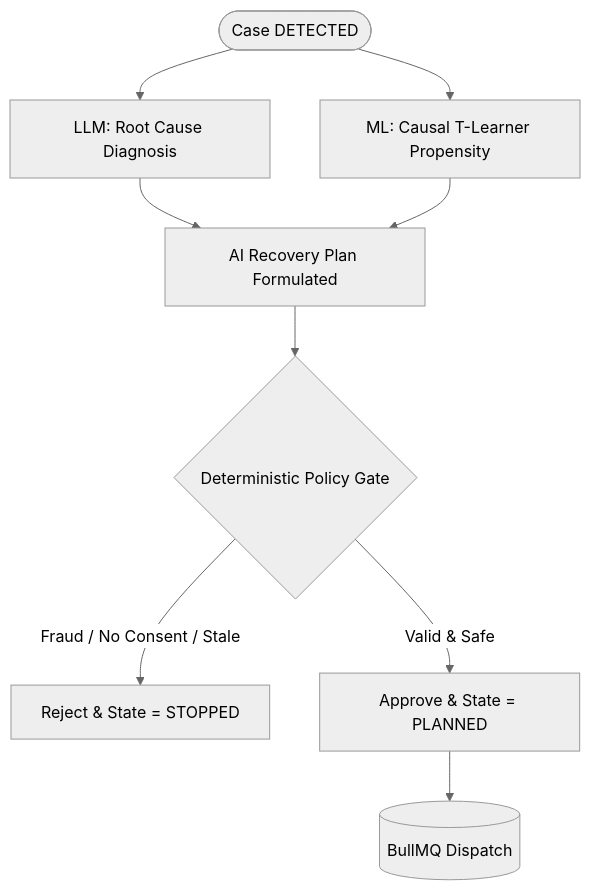
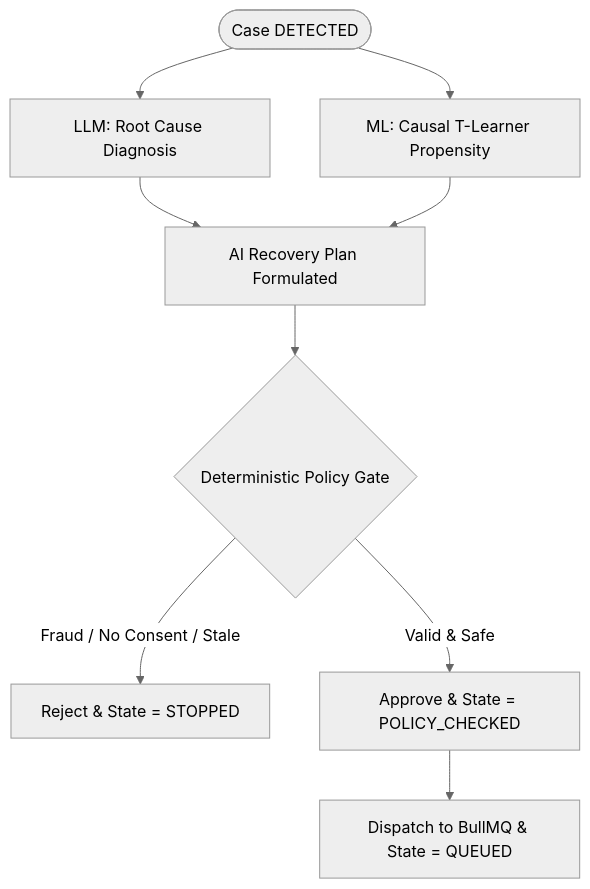
Before and after one commit to Surya-5555/FinTech-AI-05: the fifth of 6 diagrams in README.md, drawn with Mermaid (neutral theme). The commit also changed other lines of this file and 65 other files, not shown here.

Commit message:
docs: finalized the architecture and acknowledgements

````diff
--- a/README.md
+++ b/README.md
@@ -403,15 +408,15 @@
 ```mermaid
 flowchart TD
     Start([Case DETECTED]) --> LLM[LLM: Root Cause Diagnosis]
     Start --> ML[ML: Causal T-Learner Propensity]
     
     LLM --> Plan[AI Recovery Plan Formulated]
     ML --> Plan
     
     Plan --> Policy{Deterministic Policy Gate}
     
     Policy -- Fraud / No Consent / Stale --> Block[Reject & State = STOPPED]
-    Policy -- Valid & Safe --> Approve[Approve & State = PLANNED]
+    Policy -- Valid & Safe --> Approve[Approve & State = POLICY_CHECKED]
     
-    Approve --> Queue[(BullMQ Dispatch)]
+    Approve --> Queue[Dispatch to BullMQ & State = QUEUED]
 ```
````
